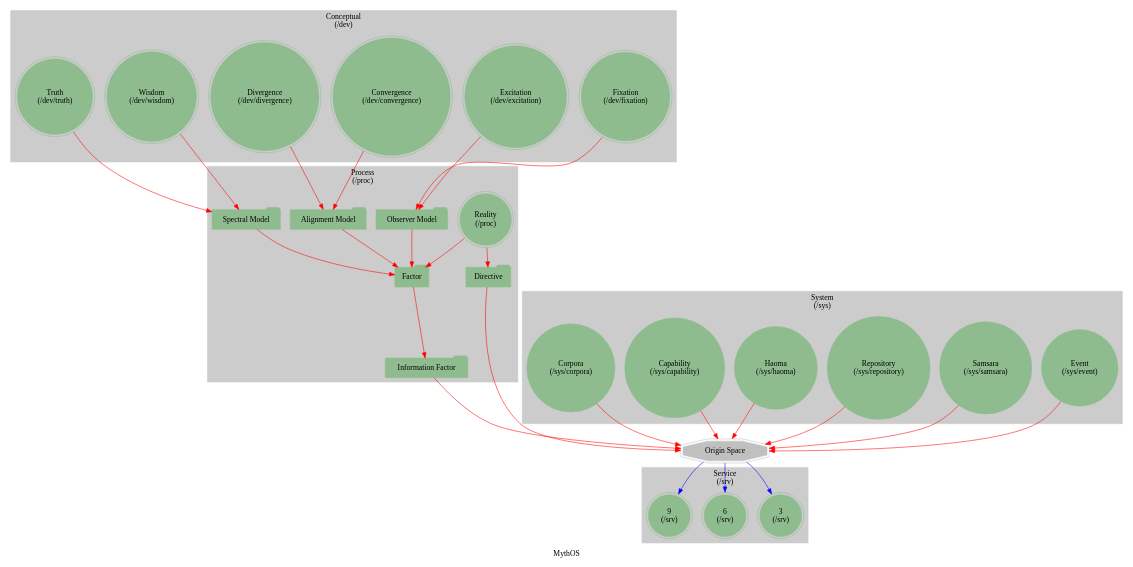
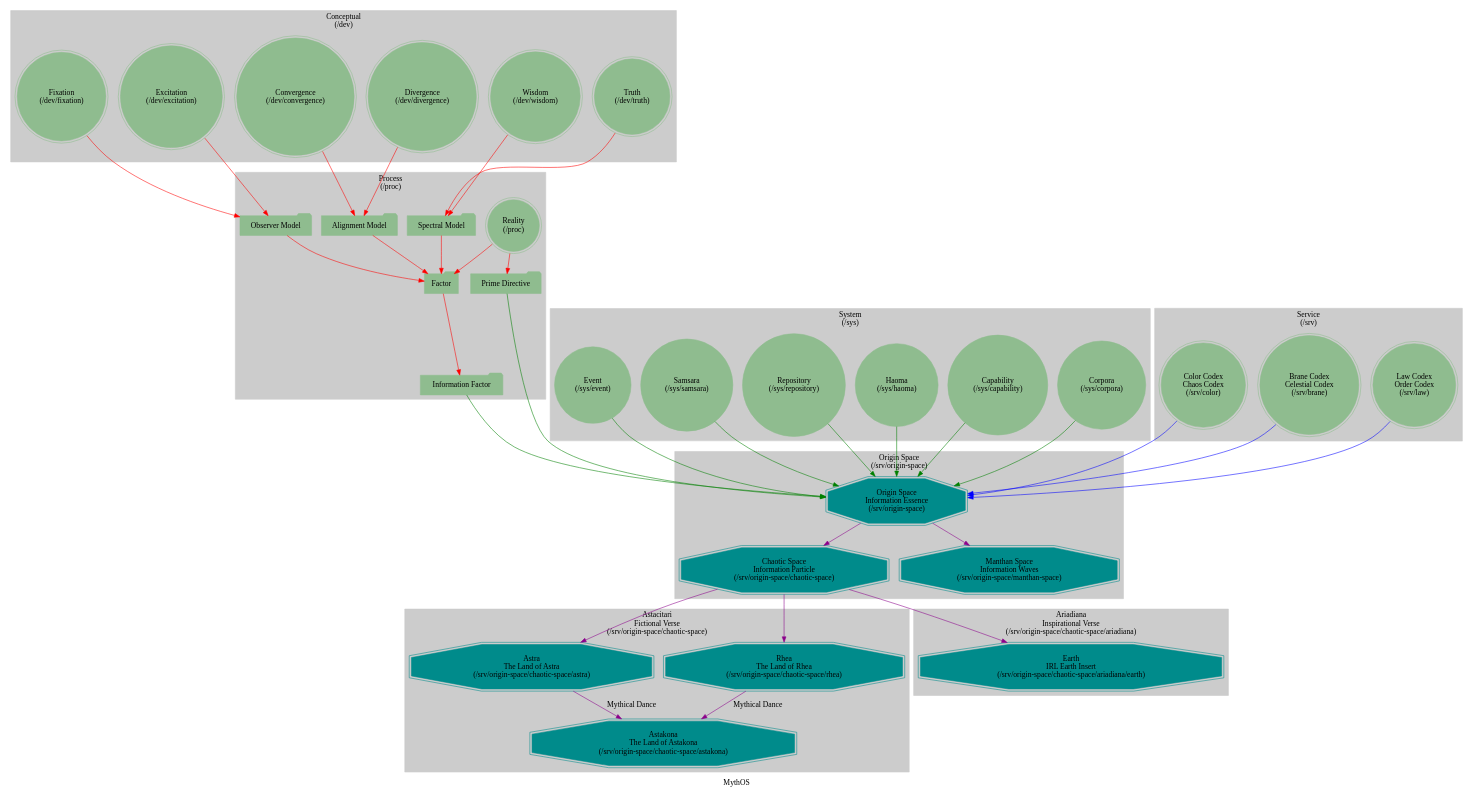
One commit to cilang/mythos changed the diagram in src/diagram/mythos.dot. Above: the diagram before and after it, drawn with Graphviz. The commit also changed 4 other files, not shown here.

```diff
--- a/src/diagram/mythos.dot
+++ b/src/diagram/mythos.dot
@@ -1,66 +1,93 @@
 strict digraph G {
     label = "MythOS";
     style = filled;
     color = grey90;
     root = "spark_0_t";
     node [shape = circle; style = filled; color = darkseagreen;];
     edge [color = darkgray;];
     
     subgraph cluster_0 {
         label = "Conceptual\n(/dev)";
         style = filled;
         color = grey80;
         spark_a_t [label = "Fixation\n(/dev/fixation)";shape = doublecircle;];
         spark_b_t [label = "Excitation\n(/dev/excitation)";shape = doublecircle;];
         spark_c_t [label = "Convergence\n(/dev/convergence)";shape = doublecircle;];
         spark_d_t [label = "Divergence\n(/dev/divergence)";shape = doublecircle;];
         spark_e_t [label = "Wisdom\n(/dev/wisdom)";shape = doublecircle;];
         spark_f_t [label = "Truth\n(/dev/truth)";shape = doublecircle;];
     }
     subgraph cluster_1 {
+        label = "Process\n(/proc)";
+        style = filled;
+        color = grey80;
+        spark_0_t [label = "Reality\n(/proc)";shape = doublecircle;];
+        observer_model_t [label = "Observer Model";shape = folder;];
+        alignment_model_t [label = "Alignment Model";shape = folder;];
+        spectral_model_t [label = "Spectral Model";shape = folder;];
+        factor_t [label = "Factor";shape = folder;];
+        prime_directive_t [label = "Prime Directive";shape = folder;];
+        information_factor_t [label = "Information Factor";shape = folder;];
+    }
+    subgraph cluster_2 {
         label = "System\n(/sys)";
         style = filled;
         color = grey80;
         spark_1_t [label = "Event\n(/sys/event)";];
         spark_2_t [label = "Samsara\n(/sys/samsara)";];
         spark_4_t [label = "Repository\n(/sys/repository)";];
         spark_5_t [label = "Haoma\n(/sys/haoma)";];
         spark_7_t [label = "Capability\n(/sys/capability)";];
         spark_8_t [label = "Corpora\n(/sys/corpora)";];
     }
-    subgraph cluster_2 {
+    subgraph cluster_3 {
         label = "Service\n(/srv)";
         style = filled;
         color = grey80;
-        spark_3_t [label = "3\n(/srv)";shape = doublecircle;];
-        spark_6_t [label = "6\n(/srv)";shape = doublecircle;];
-        spark_9_t [label = "9\n(/srv)";shape = doublecircle;];
+        spark_3_t [label = "Color Codex\nChaos Codex\n(/srv/color)";shape = doublecircle;];
+        spark_9_t [label = "Brane Codex\nCelestial Codex\n(/srv/brane)";shape = doublecircle;];
+        spark_6_t [label = "Law Codex\nOrder Codex\n(/srv/law)";shape = doublecircle;];
     }
-    subgraph cluster_3 {
-        label = "Process\n(/proc)";
+    subgraph cluster_4 {
+        label = "Origin Space\n(/srv/origin-space)";
         style = filled;
         color = grey80;
-        spark_0_t [label = "Reality\n(/proc)";shape = doublecircle;];
-        observer_model_t [label = "Observer Model";shape = folder;];
-        alignment_model_t [label = "Alignment Model";shape = folder;];
-        spectral_model_t [label = "Spectral Model";shape = folder;];
-        factor_t [label = "Factor";shape = folder;];
-        prime_directive_t [label = "Directive";shape = folder;];
-        information_factor_t [label = "Information Factor";shape = folder;];
+        
+        origin_space_t [label = "Origin Space\nInformation Essence\n(/srv/origin-space)";color = silver;shape = doubleoctagon;color = darkcyan;];
+        chaotic_space_t [label = "Chaotic Space\nInformation Particle\n(/srv/origin-space/chaotic-space)";color = silver;shape = doubleoctagon;color = darkcyan;];
+        manthan_space_t [label = "Manthan Space\nInformation Waves\n(/srv/origin-space/manthan-space)";color = silver;shape = doubleoctagon;color = darkcyan;];
     }
-    
-    origin_space_t [label = "Origin Space";color = silver;shape = doubleoctagon;];
+    subgraph cluster_5 {
+        label = "Astacitari\nFictional Verse\n(/srv/origin-space/chaotic-space)";
+        style = filled;
+        color = grey80;
+        
+        astakona_t [label = "Astakona\nThe Land of Astakona\n(/srv/origin-space/chaotic-space/astakona)";color = silver;shape = doubleoctagon;color = darkcyan;];
+        astra_t [label = "Astra\nThe Land of Astra\n(/srv/origin-space/chaotic-space/astra)";color = silver;shape = doubleoctagon;color = darkcyan;];
+        rhea_t [label = "Rhea\nThe Land of Rhea\n(/srv/origin-space/chaotic-space/rhea)";color = silver;shape = doubleoctagon;color = darkcyan;];
+    }
+    subgraph cluster_6 {
+        label = "Ariadiana\nInspirational Verse\n(/srv/origin-space/chaotic-space/ariadiana)";
+        style = filled;
+        color = grey80;
+        
+        earth_t [label = "Earth\nIRL Earth Insert\n(/srv/origin-space/chaotic-space/ariadiana/earth)";color = silver;shape = doubleoctagon;color = darkcyan;];
+    }
     
     {spark_a_t spark_b_t} -> observer_model_t [color = red;];
     {spark_c_t spark_d_t} -> alignment_model_t [color = red;];
     {spark_e_t spark_f_t} -> spectral_model_t [color = red;];
     
     spark_0_t -> {factor_t prime_directive_t} [color = red;];
     
     {observer_model_t alignment_model_t spectral_model_t} -> factor_t [color = red;];
     
     factor_t -> information_factor_t [color = red;];
     
-    {information_factor_t prime_directive_t spark_1_t spark_2_t spark_4_t spark_5_t spark_7_t spark_8_t} -> origin_space_t [color = red;];
-    origin_space_t -> {spark_3_t spark_6_t spark_9_t} [color = blue;];
+    {information_factor_t prime_directive_t spark_1_t spark_2_t spark_4_t spark_5_t spark_7_t spark_8_t} -> origin_space_t [color = green;];
+    {spark_3_t spark_6_t spark_9_t} -> origin_space_t [color = blue;];
+    origin_space_t -> {chaotic_space_t manthan_space_t} [color = darkmagenta;];
+    
+    chaotic_space_t -> {earth_t astra_t rhea_t} [color = darkmagenta;];
+    {astra_t rhea_t} -> astakona_t [label = "Mythical Dance"; color = darkmagenta;];
 }
```
